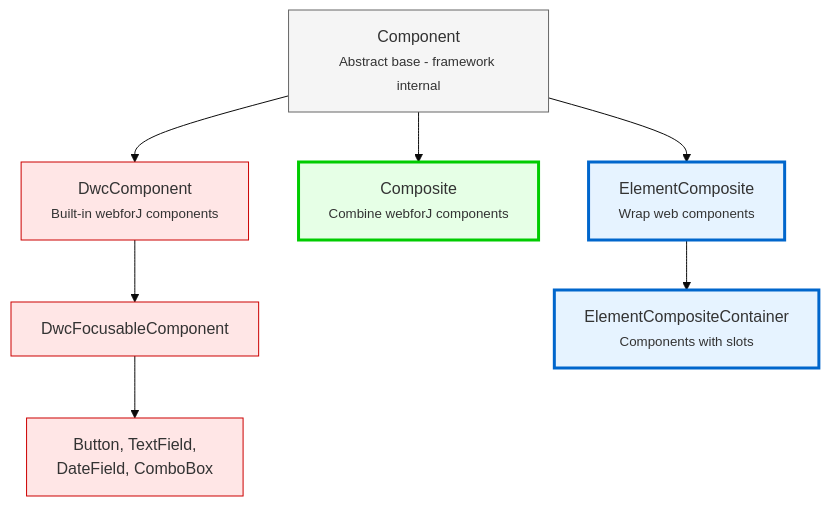
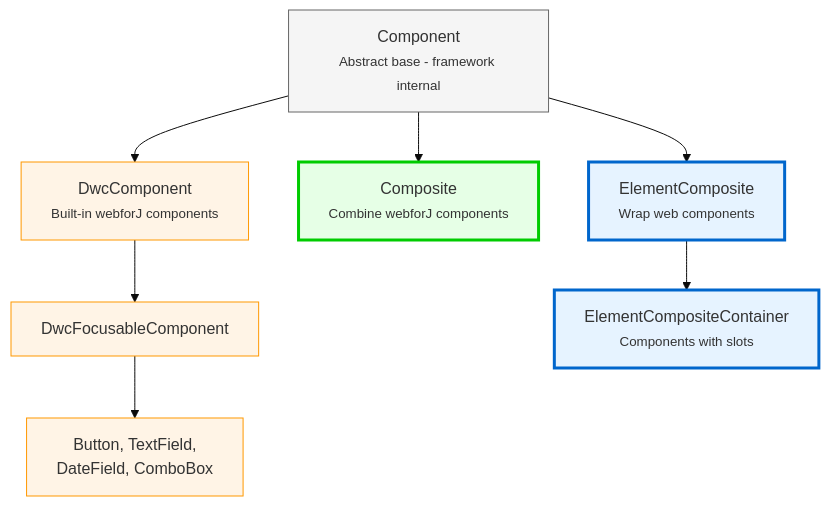
One commit to webforj/webforj-documentation changed the diagram in docs/docs/building-ui/component-fundamentals.md. Above: the diagram before and after it, drawn with Mermaid (base theme). The commit also changed other lines of this file, not shown here.

````diff
--- a/docs/docs/building-ui/component-fundamentals.md
+++ b/docs/docs/building-ui/component-fundamentals.md
@@ -54,24 +54,24 @@
 ```mermaid
 graph TD
     A[Component<br/><small>Abstract base - framework internal</small>]
     
     A --> B[DwcComponent<br/><small>Built-in webforJ components</small>]
     A --> C[Composite<br/><small>Combine webforJ components</small>]
     A --> D[ElementComposite<br/><small>Wrap web components</small>]
     
     B --> E[DwcFocusableComponent]
     E --> F[Button, TextField,<br/>DateField, ComboBox]
     
     D --> G[ElementCompositeContainer<br/><small>Components with slots</small>]
     
     style A fill:#f5f5f5,stroke:#666
-    style B fill:#ffe6e6,stroke:#cc0000
+    style B fill:#fff4e6,stroke:#ff9800
     style C fill:#e6ffe6,stroke:#00cc00
     style D fill:#e6f3ff,stroke:#0066cc
     style G fill:#e6f3ff,stroke:#0066cc
-    style E fill:#ffe6e6,stroke:#cc0000
-    style F fill:#ffe6e6,stroke:#cc0000
+    style E fill:#fff4e6,stroke:#ff9800
+    style F fill:#fff4e6,stroke:#ff9800
     
     classDef userClass stroke-width:3px
     class C,D,G userClass
 ```
````
